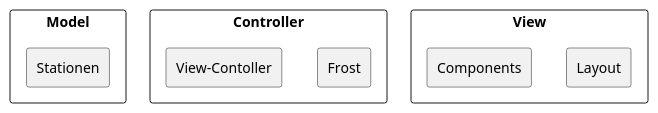
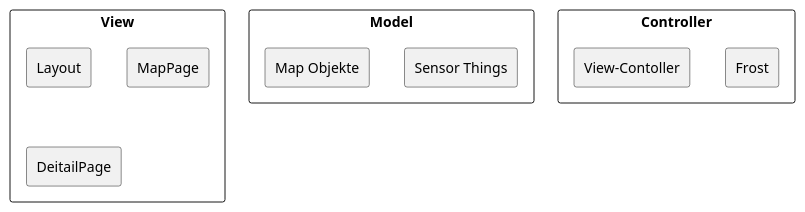
Before and after one commit to JonaEnz/pse-airquality-1: the diagram in Entwurf/PlantUML/Architektur.puml, drawn with PlantUML.

Commit message:
Update archi

```diff
--- a/Entwurf/PlantUML/Architektur.puml
+++ b/Entwurf/PlantUML/Architektur.puml
@@ -1,17 +1,19 @@
 @startuml
 
 rectangle Model {
-    rectangle "Stationen"
+    rectangle "Sensor Things"
+    rectangle "Map Objekte"
 }
 
 rectangle Controller {
     rectangle "Frost"
     rectangle "View-Contoller"
 }
 
 rectangle View {
     rectangle "Layout"
-    rectangle "Components"
+    rectangle "MapPage"
+    rectangle "DeitailPage"
 }
 
 @enduml
```
